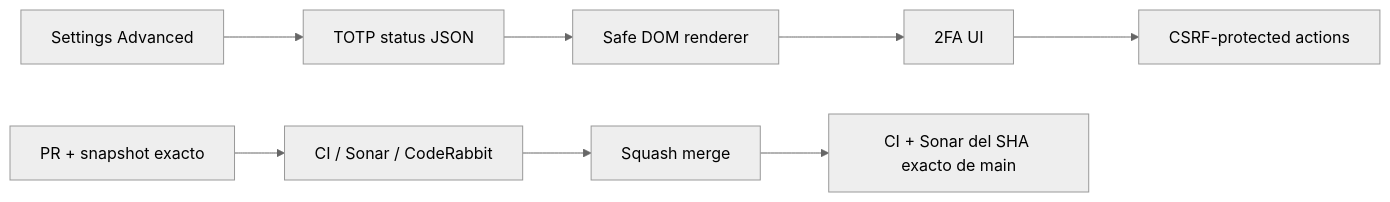
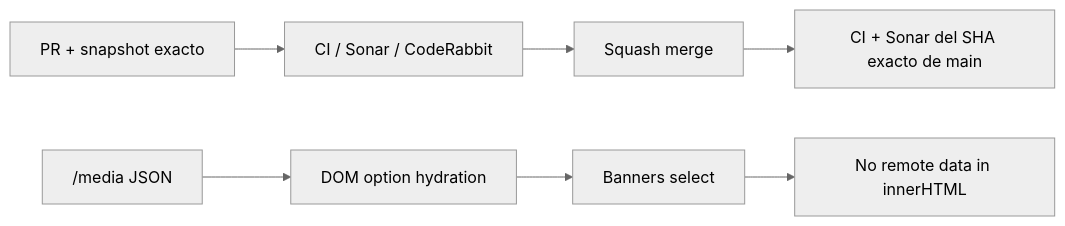
One commit to pl0n3r/brvtal changed the diagram in README.md. Above: the diagram before and after it, drawn with Mermaid (neutral theme). The commit also changed other lines of this file and 4 other files, not shown here.

Commit message:
security: render Banner media pickers with safe DOM

````diff
--- a/README.md
+++ b/README.md
@@ -49,10 +48,9 @@
 ```mermaid
 flowchart LR
  P["PR + snapshot exacto"] --> Q["CI / Sonar / CodeRabbit"]
- A["Settings Advanced"] --> J["TOTP status JSON"]
- J --> D["Safe DOM renderer"]
- D --> U["2FA UI"]
- U --> C["CSRF-protected actions"]
- Q --> M["Squash merge"]
- M --> X["CI + Sonar del SHA exacto de main"]
+ M["/media JSON"] --> H["DOM option hydration"]
+ H --> S["Banners select"]
+ S --> X["No remote data in innerHTML"]
+ Q --> G["Squash merge"]
+ G --> V["CI + Sonar del SHA exacto de main"]
 ```
````
